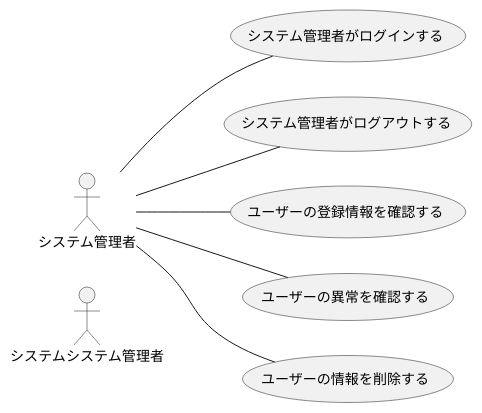
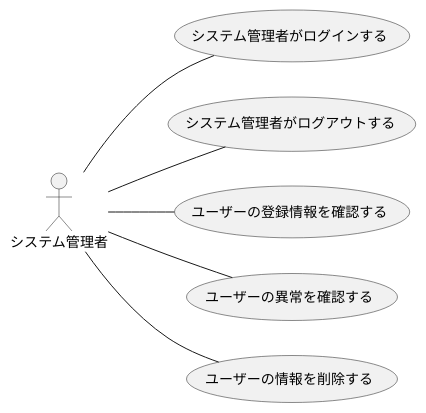
The diagram in F_usecase_admin.plantuml (ksw2270227/GroupF), drawn with PlantUML before and after one commit.

```diff
--- a/F_usecase_admin.plantuml
+++ b/F_usecase_admin.plantuml
@@ -1,13 +1,13 @@
-@startuml システムシステム管理者
+@startuml システム管理者
 left to right direction
-actor システムシステム管理者
+actor システム管理者
 
 システム管理者 -- (システム管理者がログインする)
 システム管理者 -- (システム管理者がログアウトする)
 システム管理者 -- (ユーザーの登録情報を確認する)
 システム管理者 -- (ユーザーの異常を確認する)
 システム管理者 -- (ユーザーの情報を削除する)
 
 
 
 @enduml
```
